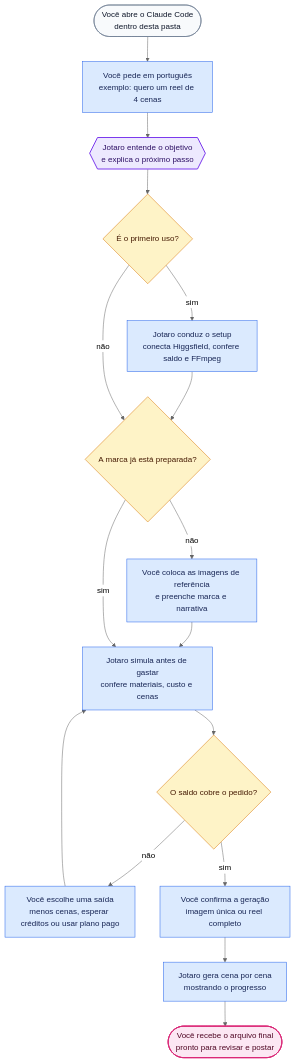
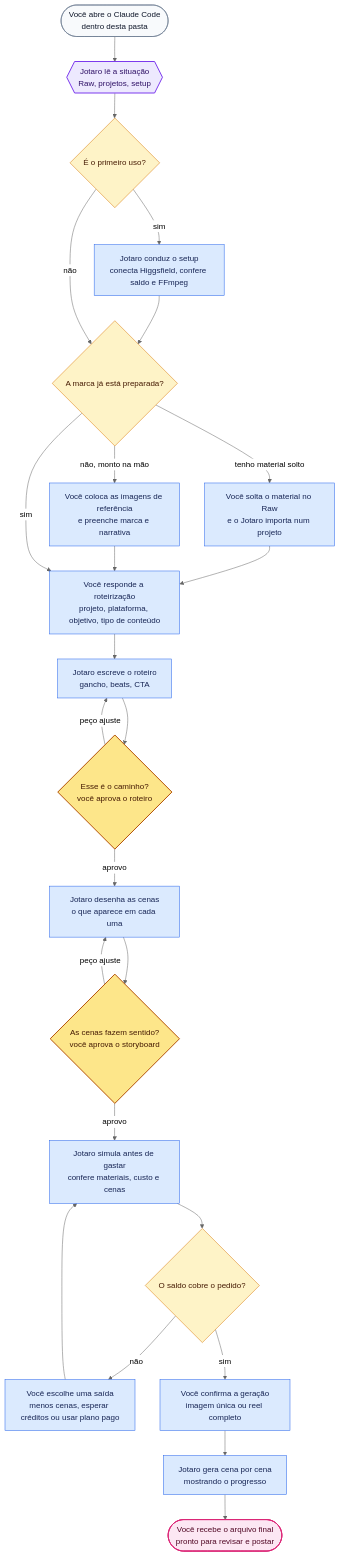
One commit to Joaoppob/trampolean-image-video-generator changed the second of 2 diagrams in README.md. Above: the diagram before and after it, drawn with Mermaid (neutral theme). The commit also changed other lines of this file, not shown here.

````diff
--- a/README.md
+++ b/README.md
@@ -192,37 +286,50 @@
 ```mermaid
 flowchart TB
   START([Você abre o Claude Code<br/>dentro desta pasta])
-  TALK["Você pede em português<br/>exemplo: quero um reel de 4 cenas"]
-  UNDERSTAND{{Jotaro entende o objetivo<br/>e explica o próximo passo}}
+  SITUACAO{{Jotaro lê a situação<br/>Raw, projetos, setup}}
   FIRST{"É o primeiro uso?"}
   SETUP["Jotaro conduz o setup<br/>conecta Higgsfield, confere saldo e FFmpeg"]
   BRAND{"A marca já está preparada?"}
+  IMPORT["Você solta o material no Raw<br/>e o Jotaro importa num projeto"]
   BRAND_FIX["Você coloca as imagens de referência<br/>e preenche marca e narrativa"]
+  INTAKE["Você responde a roteirização<br/>projeto, plataforma, objetivo, tipo de conteúdo"]
+  ROTEIRO["Jotaro escreve o roteiro<br/>gancho, beats, CTA"]
+  AP1{"Esse é o caminho?<br/>você aprova o roteiro"}
+  CENAS["Jotaro desenha as cenas<br/>o que aparece em cada uma"]
+  AP2{"As cenas fazem sentido?<br/>você aprova o storyboard"}
   SIM["Jotaro simula antes de gastar<br/>confere materiais, custo e cenas"]
   BALANCE{"O saldo cobre o pedido?"}
   ADJUST["Você escolhe uma saída<br/>menos cenas, esperar créditos ou usar plano pago"]
   CONFIRM["Você confirma a geração<br/>imagem única ou reel completo"]
   GENERATE["Jotaro gera cena por cena<br/>mostrando o progresso"]
   DELIVER([Você recebe o arquivo final<br/>pronto para revisar e postar])
 
-  START --> TALK --> UNDERSTAND --> FIRST
+  START --> SITUACAO --> FIRST
   FIRST -->|"sim"| SETUP --> BRAND
   FIRST -->|"não"| BRAND
-  BRAND -->|"não"| BRAND_FIX --> SIM
-  BRAND -->|"sim"| SIM
+  BRAND -->|"tenho material solto"| IMPORT --> INTAKE
+  BRAND -->|"não, monto na mão"| BRAND_FIX --> INTAKE
+  BRAND -->|"sim"| INTAKE
+  INTAKE --> ROTEIRO --> AP1
+  AP1 -->|"peço ajuste"| ROTEIRO
+  AP1 -->|"aprovo"| CENAS --> AP2
+  AP2 -->|"peço ajuste"| CENAS
+  AP2 -->|"aprovo"| SIM
   SIM --> BALANCE
   BALANCE -->|"não"| ADJUST --> SIM
   BALANCE -->|"sim"| CONFIRM --> GENERATE --> DELIVER
 
   classDef start fill:#f8fafc,stroke:#64748b,color:#0f172a,stroke-width:1px;
   classDef guide fill:#ede9fe,stroke:#7c3aed,color:#2e1065,stroke-width:2px;
   classDef action fill:#dbeafe,stroke:#2563eb,color:#172554,stroke-width:1px;
   classDef decision fill:#fef3c7,stroke:#d97706,color:#451a03,stroke-width:1px;
+  classDef gate fill:#fde68a,stroke:#b45309,color:#451a03,stroke-width:2px;
   classDef output fill:#fce7f3,stroke:#db2777,color:#500724,stroke-width:2px;
 
   class START,DELIVER start;
-  class UNDERSTAND guide;
-  class TALK,SETUP,BRAND_FIX,SIM,ADJUST,CONFIRM,GENERATE action;
+  class SITUACAO guide;
+  class SETUP,IMPORT,BRAND_FIX,INTAKE,ROTEIRO,CENAS,SIM,ADJUST,CONFIRM,GENERATE action;
   class FIRST,BRAND,BALANCE decision;
+  class AP1,AP2 gate;
   class DELIVER output;
 ```
````
